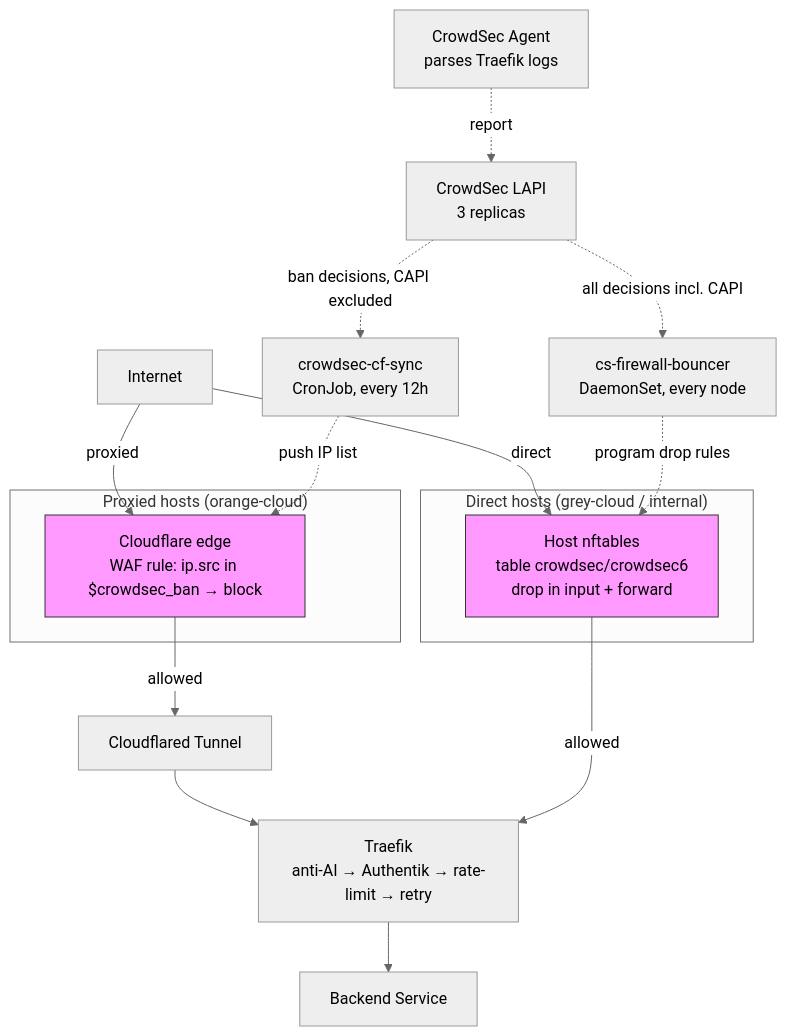
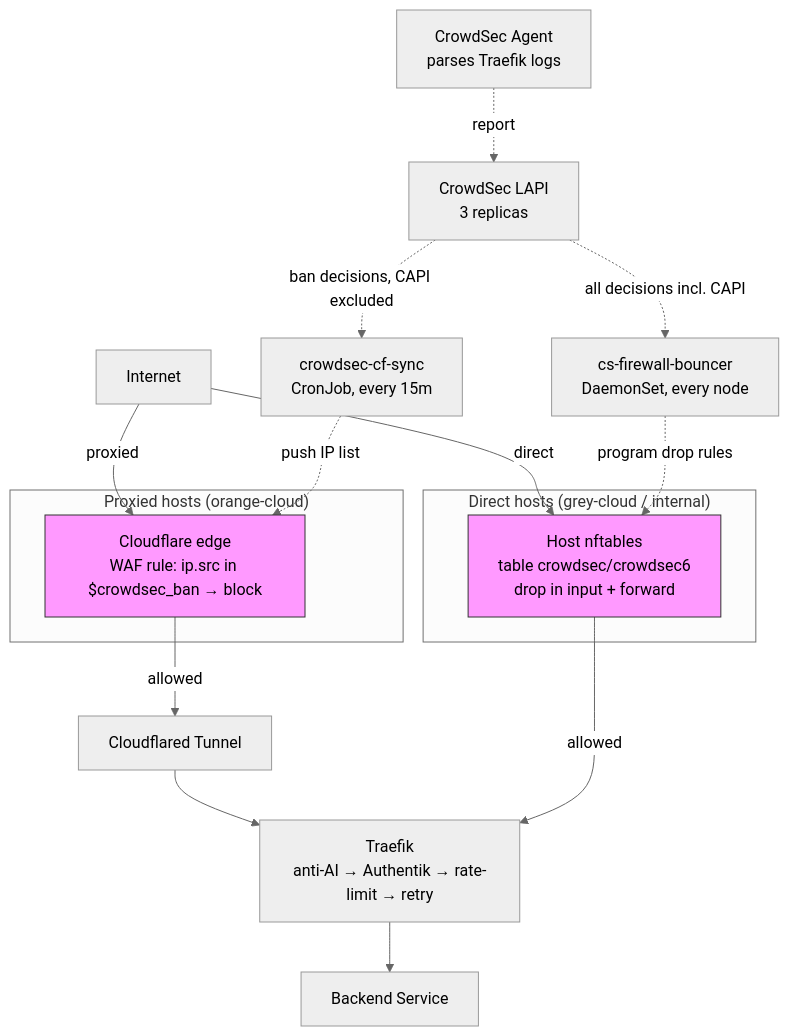
The diagram in docs/architecture/security.md (ViktorBarzin/infra), drawn with Mermaid (neutral theme) before and after one commit. The commit also changed other lines of this file and 5 other files, not shown here.

First line of the commit message:
crowdsec: fix the Cloudflare edge sync, and alert when it breaks

````diff
--- a/docs/architecture/security.md
+++ b/docs/architecture/security.md
@@ -14,36 +14,36 @@
 ```mermaid
 graph TB
     Internet[Internet]
 
     subgraph "Proxied hosts (orange-cloud)"
         CFedge[Cloudflare edge<br/>WAF rule: ip.src in $crowdsec_ban → block]
     end
     subgraph "Direct hosts (grey-cloud / internal)"
         NFT[Host nftables<br/>table crowdsec/crowdsec6<br/>drop in input + forward]
     end
 
     Tunnel[Cloudflared Tunnel]
     Traefik[Traefik<br/>anti-AI → Authentik → rate-limit → retry]
     Backend[Backend Service]
 
     LAPI[CrowdSec LAPI<br/>3 replicas]
     Agent[CrowdSec Agent<br/>parses Traefik logs]
     FWB[cs-firewall-bouncer<br/>DaemonSet, every node]
-    CFsync[crowdsec-cf-sync<br/>CronJob, every 12h]
+    CFsync[crowdsec-cf-sync<br/>CronJob, every 15m]
 
     Internet -->|proxied| CFedge
     Internet -->|direct| NFT
     CFedge -->|allowed| Tunnel
     Tunnel --> Traefik
     NFT -->|allowed| Traefik
     Traefik --> Backend
 
     Agent -.->|report| LAPI
     LAPI -.->|all decisions incl. CAPI| FWB
     FWB -.->|program drop rules| NFT
     LAPI -.->|ban decisions, CAPI excluded| CFsync
     CFsync -.->|push IP list| CFedge
 
     style CFedge fill:#f9f,stroke:#333
     style NFT fill:#f9f,stroke:#333
 ```
````
